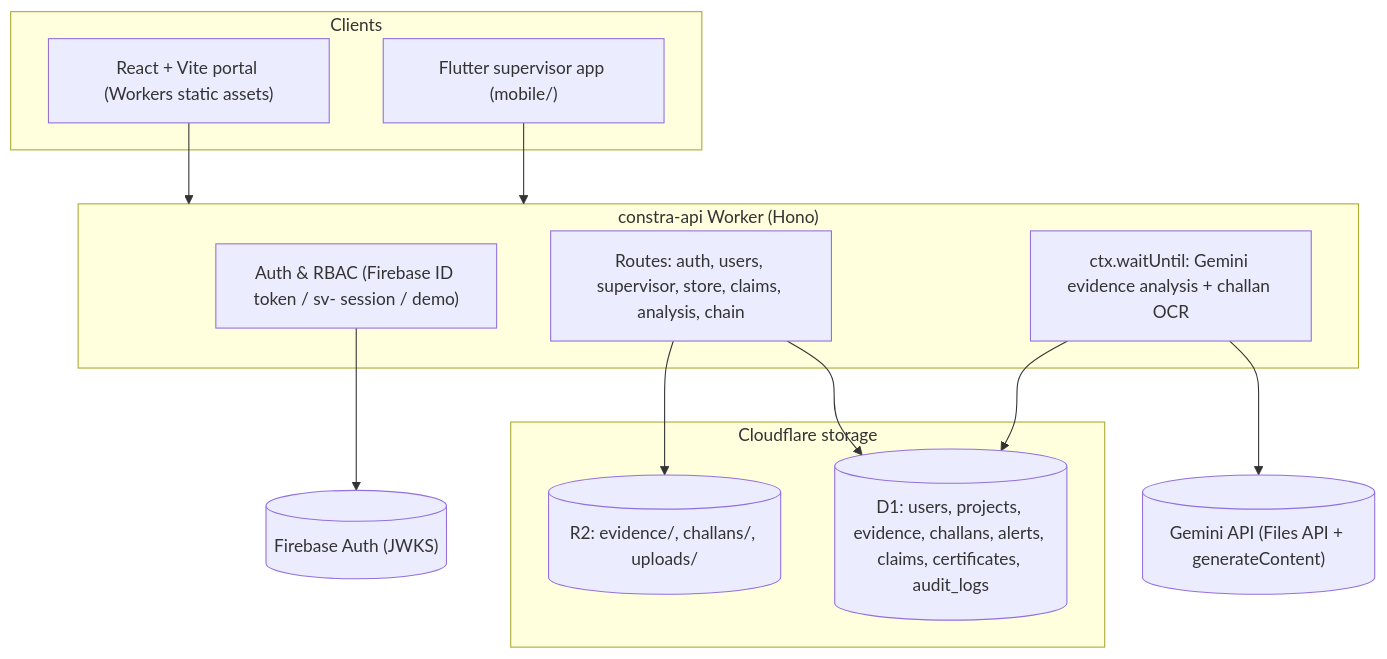
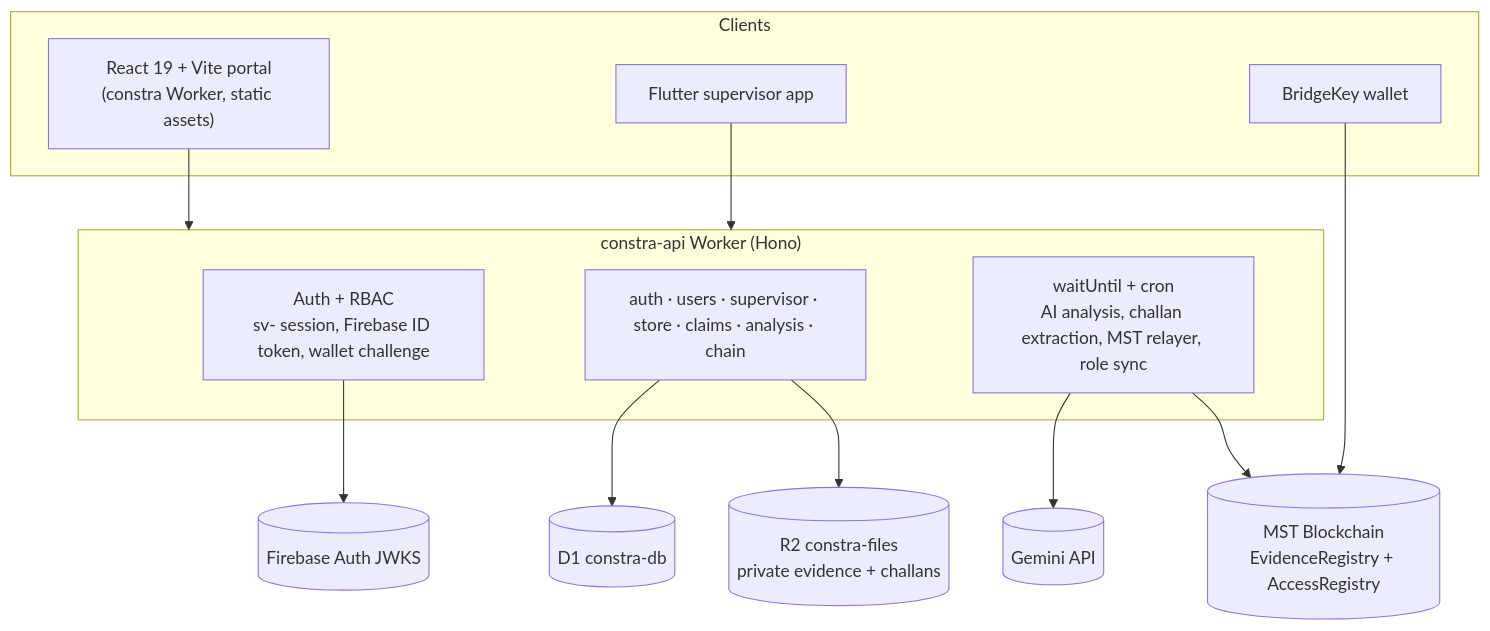
Before and after one commit to Pranavms09/CONSTRA: the second of 3 diagrams in README.md, drawn with Mermaid. The commit also changed other lines of this file and 5 other files, not shown here.

Commit message:
docs: update project documentation and README for MST blockchain integration

````diff
--- a/README.md
+++ b/README.md
@@ -74,29 +94,26 @@
 ```mermaid
 flowchart TD
-    subgraph Clients["Clients"]
-        WEB["React + Vite portal (Workers static assets)"]
-        APP["Flutter supervisor app (mobile/)"]
+    subgraph Clients
+        WEB["React 19 + Vite portal<br/>(constra Worker, static assets)"]
+        APP["Flutter supervisor app"]
+        BK["BridgeKey wallet"]
     end
-
     subgraph API["constra-api Worker (Hono)"]
-        Auth["Auth & RBAC (Firebase ID token / sv- session / demo)"]
-        Routes["Routes: auth, users, supervisor, store, claims, analysis, chain"]
-        BG["ctx.waitUntil: Gemini evidence analysis + challan OCR"]
+        AUTH["Auth + RBAC<br/>sv- session, Firebase ID token, wallet challenge"]
+        ROUTES["auth · users · supervisor · store · claims · analysis · chain"]
+        BG["waitUntil + cron<br/>AI analysis, challan extraction, MST relayer, role sync"]
     end
-
-    subgraph CF["Cloudflare storage"]
-        D1[("D1: users, projects, evidence, challans, alerts, claims, certificates, audit_logs")]
-        R2[("R2: evidence/, challans/, uploads/")]
-    end
-
-    Firebase[("Firebase Auth (JWKS)")]
-    Gemini[("Gemini API (Files API + generateContent)")]
-
+    D1[("D1 constra-db")]
+    R2[("R2 constra-files<br/>private evidence + challans")]
+    MST[("MST Blockchain<br/>EvidenceRegistry + AccessRegistry")]
+    FB[("Firebase Auth JWKS")]
+    GEM[("Gemini API")]
     WEB --> API
     APP --> API
-    Auth --> Firebase
-    Routes --> D1
-    Routes --> R2
-    BG --> Gemini
-    BG --> D1
+    BK --> MST
+    AUTH --> FB
+    ROUTES --> D1
+    ROUTES --> R2
+    BG --> GEM
+    BG --> MST
 ```
````
